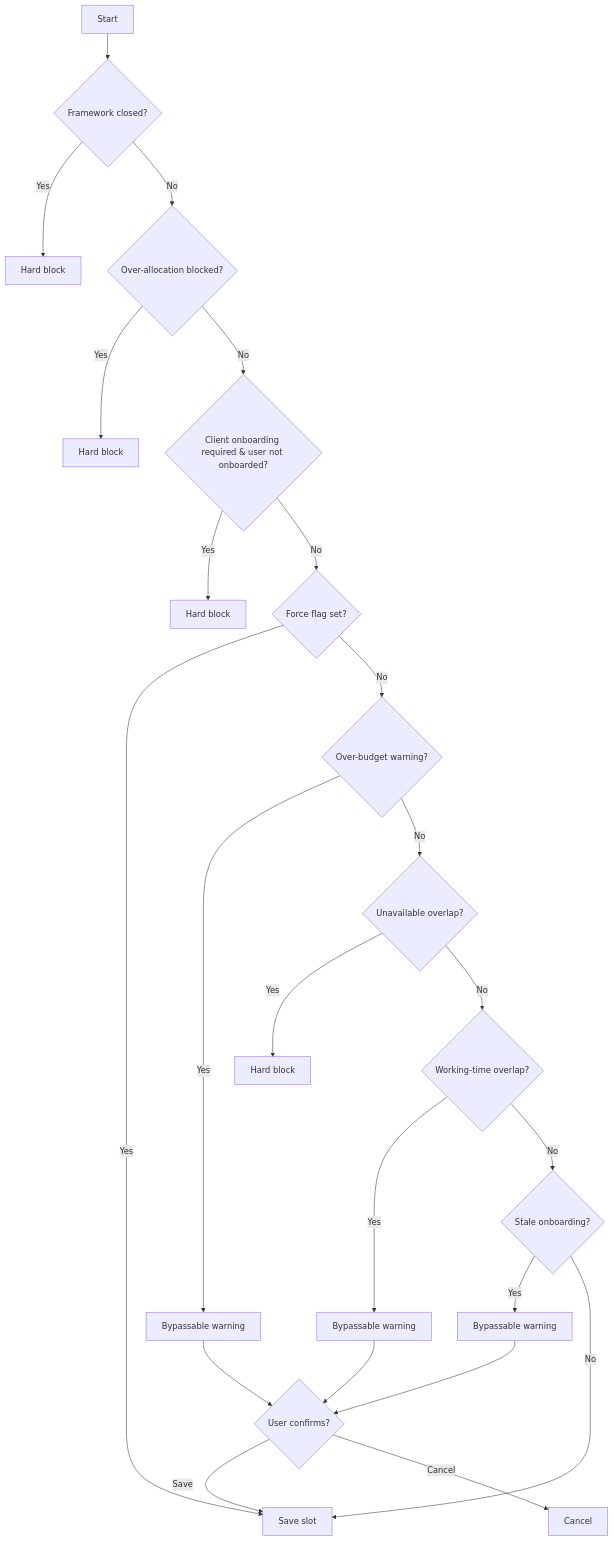
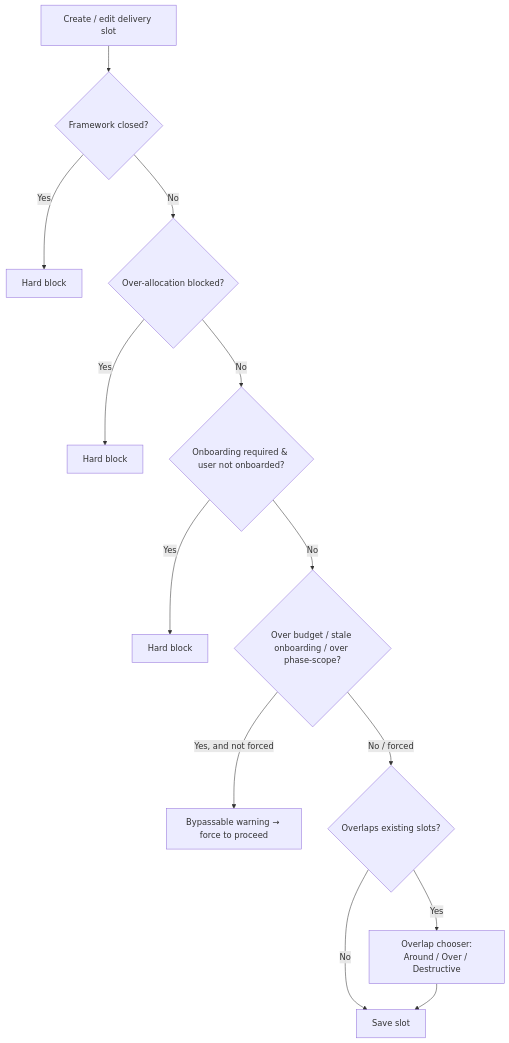
Before and after one commit to brainthee/CHAOTICA: the diagram in docs/user_guide/scheduling/validation.md, drawn with Mermaid. The commit also changed other lines of this file and 8 other files, not shown here.

Commit message:
Docs: refresh scheduling guide for the vis-timeline scheduler (overview, concepts, validation/overlap modes, filtering, widgets, calendar feeds)

````diff
--- a/docs/user_guide/scheduling/validation.md
+++ b/docs/user_guide/scheduling/validation.md
@@ -17,25 +15,15 @@
 ```mermaid
 flowchart TD
-    A[Start] --> B{Framework closed?}
+    A[Create / edit delivery slot] --> B{Framework closed?}
     B -->|Yes| B1[Hard block]
     B -->|No| C{Over-allocation blocked?}
     C -->|Yes| C1[Hard block]
-    C -->|No| D{Client onboarding required & user not onboarded?}
+    C -->|No| D{Onboarding required & user not onboarded?}
     D -->|Yes| D1[Hard block]
-    D -->|No| E{Force flag set?}
-    E -->|Yes| SAVE[Save slot]
-    E -->|No| F{Over-budget warning?}
-    F -->|Yes| F1[Bypassable warning]
-    F -->|No| G{Unavailable overlap?}
-    G -->|Yes| G1[Hard block]
-    G -->|No| H{Working-time overlap?}
-    H -->|Yes| H1[Bypassable warning]
-    H -->|No| I{Stale onboarding?}
-    I -->|Yes| I1[Bypassable warning]
-    I -->|No| SAVE
-    F1 --> CONFIRM{User confirms?}
-    H1 --> CONFIRM
-    I1 --> CONFIRM
-    CONFIRM -->|Save| SAVE
-    CONFIRM -->|Cancel| CANCEL[Cancel]
+    D -->|No| E{Over budget / stale onboarding / over phase-scope?}
+    E -->|Yes, and not forced| E1[Bypassable warning → force to proceed]
+    E -->|No / forced| F{Overlaps existing slots?}
+    F -->|No| SAVE[Save slot]
+    F -->|Yes| G[Overlap chooser:\nAround / Over / Destructive]
+    G --> SAVE
 ```
````
